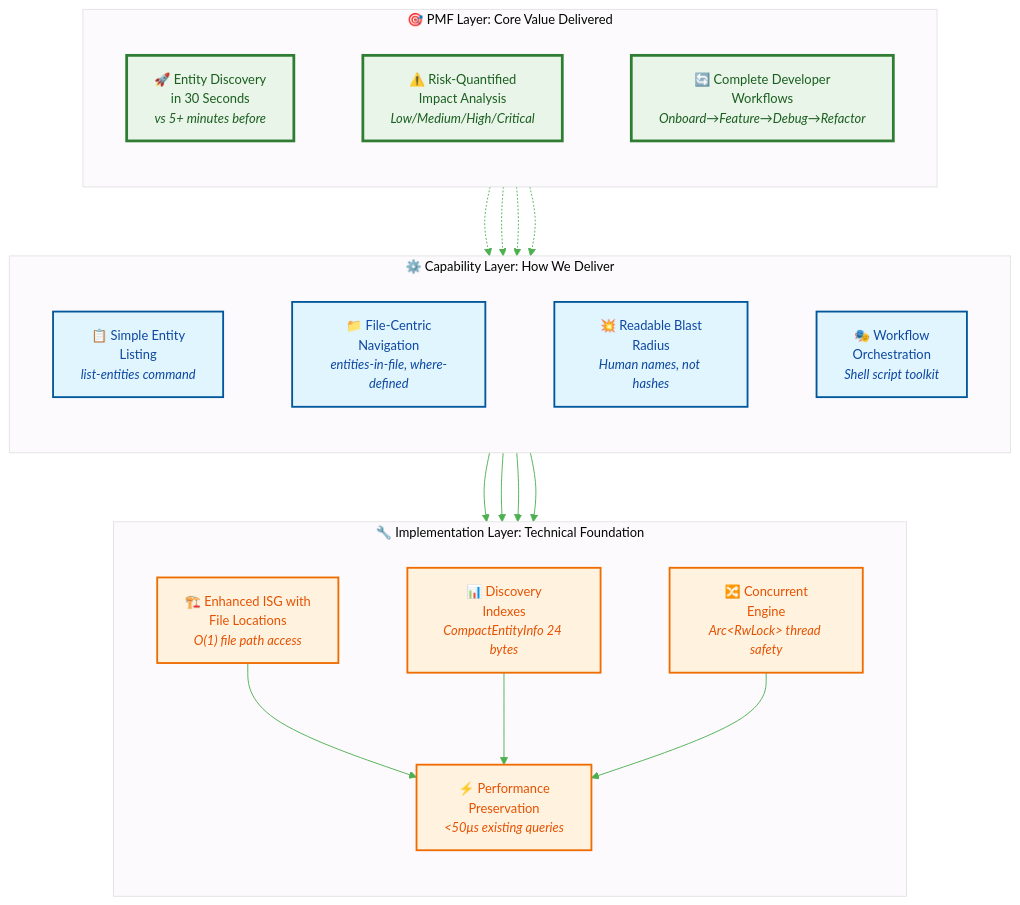
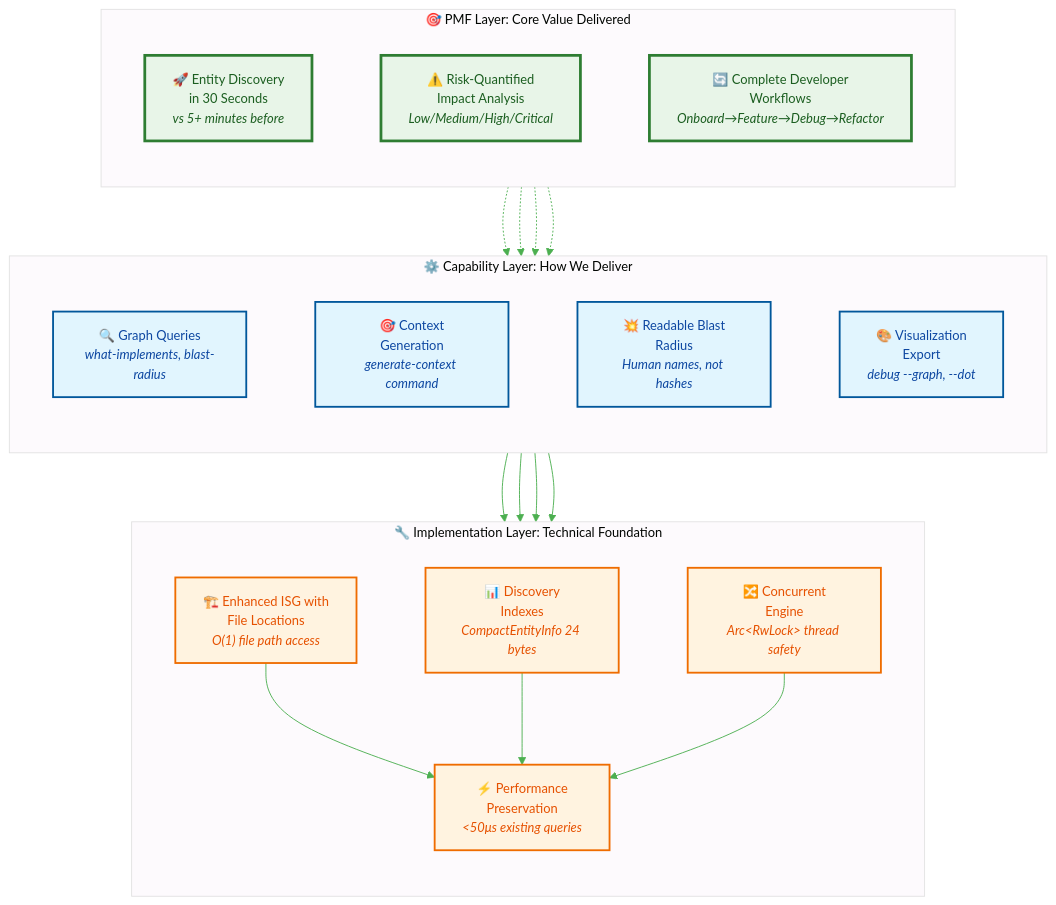
The third of 6 diagrams in README.md (that-in-rust/parseltongue), drawn with Mermaid before and after one commit. The commit also changed other lines of this file and 2 other files, not shown here.

````diff
--- a/README.md
+++ b/README.md
@@ -126,55 +126,55 @@
 ```mermaid
 %%{init: {'theme':'base', 'themeVariables': {'primaryColor':'#e8f5e8', 'primaryTextColor':'#2e7d32', 'lineColor':'#4caf50', 'fontFamily':'Arial', 'fontSize':'14px'}, 'flowchart': {'nodeSpacing': 75, 'rankSpacing': 75, 'wrappingWidth': 150}}}%%
 flowchart TD
     %% PMF Layer - What users get
     subgraph "🎯 PMF Layer: Core Value Delivered"
         direction TB
         A["🚀 Entity Discovery<br/>in 30 Seconds<br/><i>vs 5+ minutes before</i>"]
         B["⚠️ Risk-Quantified<br/>Impact Analysis<br/><i>Low/Medium/High/Critical</i>"]
         C["🔄 Complete Developer<br/>Workflows<br/><i>Onboard→Feature→Debug→Refactor</i>"]
     end
 
     %% Capability Layer - How we deliver
     subgraph "⚙️ Capability Layer: How We Deliver"
         direction TB
-        D["📋 Simple Entity<br/>Listing<br/><i>list-entities command</i>"]
-        E["📁 File-Centric<br/>Navigation<br/><i>entities-in-file, where-defined</i>"]
+        D["🔍 Graph Queries<br/><i>what-implements, blast-radius</i>"]
+        E["🎯 Context<br/>Generation<br/><i>generate-context command</i>"]
         F["💥 Readable Blast<br/>Radius<br/><i>Human names, not hashes</i>"]
-        G["🎭 Workflow<br/>Orchestration<br/><i>Shell script toolkit</i>"]
+        G["🎨 Visualization<br/>Export<br/><i>debug --graph, --dot</i>"]
     end
 
     %% Implementation Layer - Technical foundation
     subgraph "🔧 Implementation Layer: Technical Foundation"
         direction TB
         H["🏗️ Enhanced ISG with<br/>File Locations<br/><i>O(1) file path access</i>"]
         I["📊 Discovery<br/>Indexes<br/><i>CompactEntityInfo 24 bytes</i>"]
         J["🔀 Concurrent<br/>Engine<br/><i>Arc&lt;RwLock&gt; thread safety</i>"]
         K["⚡ Performance<br/>Preservation<br/><i>&lt;50μs existing queries</i>"]
     end
 
     %% Value flow connections
     A -.-> D
     A -.-> E
     B -.-> F
     C -.-> G
 
     %% Implementation connections
     D --> H
-    E --> H
-    F --> I
-    G --> J
+    E --> I
+    F --> J
+    G --> K
 
     %% Foundation connections
     H --> K
     I --> K
     J --> K
 
     %% Styling
     classDef pmf fill:#e8f5e8,stroke:#2e7d32,stroke-width:3px,color:#1b5e20
     classDef capability fill:#e1f5fe,stroke:#01579b,stroke-width:2px,color:#0d47a1
     classDef implementation fill:#fff3e0,stroke:#ef6c00,stroke-width:2px,color:#e65100
 
     class A,B,C pmf
     class D,E,F,G capability
     class H,I,J,K implementation
 ```
````
